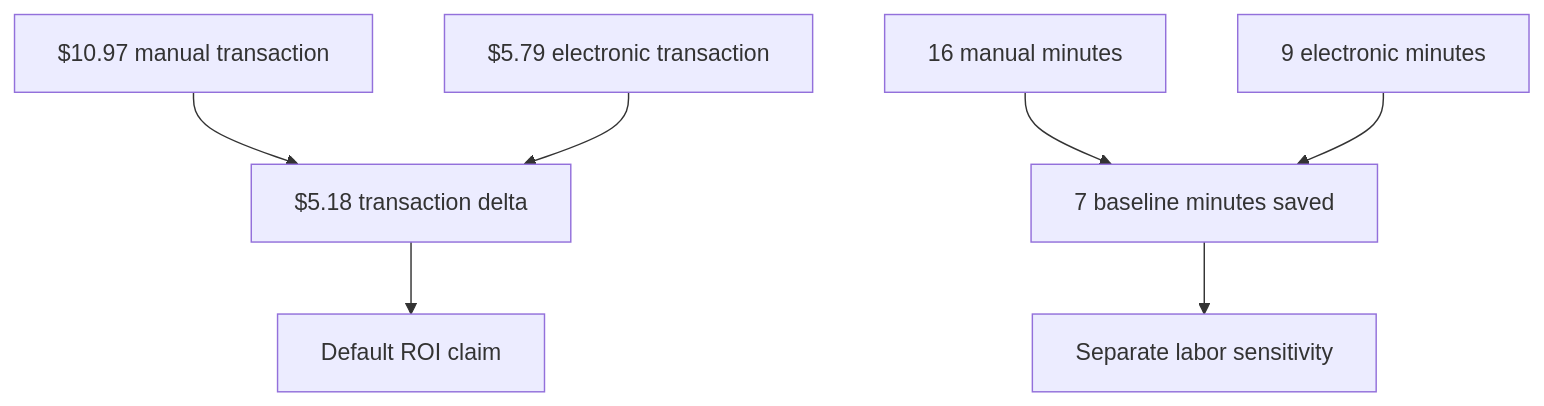
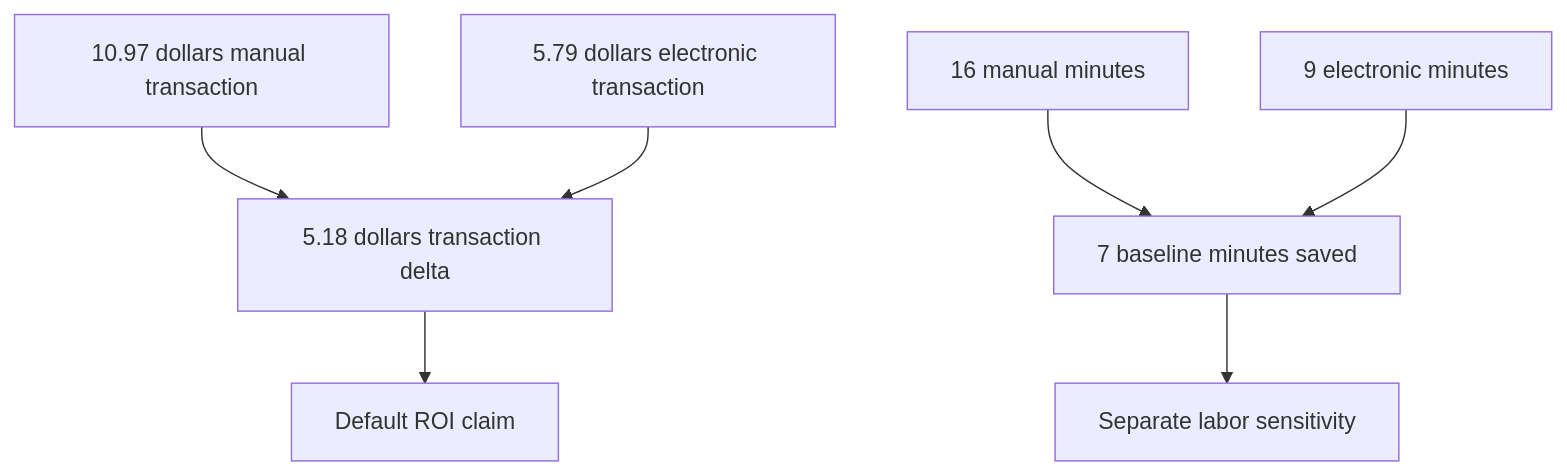
One commit to roshaninfordham/healthagentpassport changed the second of 2 diagrams in docs/market-positioning.md. Above: the diagram before and after it, drawn with Mermaid. The commit also changed other lines of this file and 14 other files, not shown here.

Commit message:
Fix GitHub diagrams and simplify landing page

````diff
--- a/docs/market-positioning.md
+++ b/docs/market-positioning.md
@@ -47,9 +47,9 @@
 ```mermaid
 flowchart TD
-  Manual[$10.97 manual transaction] --> Delta[$5.18 transaction delta]
-  Electronic[$5.79 electronic transaction] --> Delta
-  ManualTime[16 manual minutes] --> Time[7 baseline minutes saved]
-  ElectronicTime[9 electronic minutes] --> Time
-  Delta --> Claim[Default ROI claim]
-  Time --> Sensitivity[Separate labor sensitivity]
+  Manual["10.97 dollars manual transaction"] --> Delta["5.18 dollars transaction delta"]
+  Electronic["5.79 dollars electronic transaction"] --> Delta
+  ManualTime["16 manual minutes"] --> Time["7 baseline minutes saved"]
+  ElectronicTime["9 electronic minutes"] --> Time
+  Delta --> Claim["Default ROI claim"]
+  Time --> Sensitivity["Separate labor sensitivity"]
 ```
````
